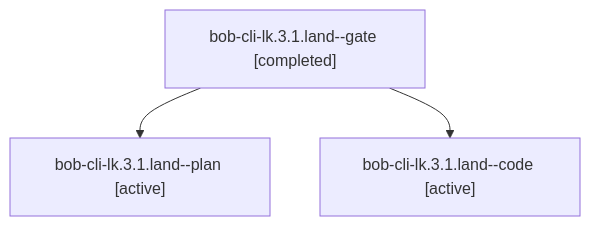
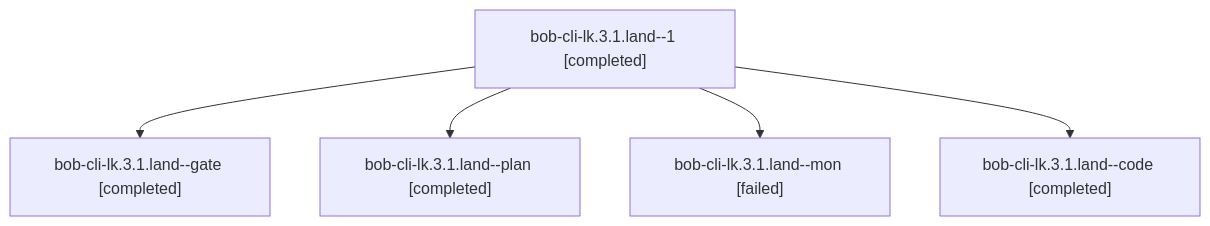
One commit to bobs-org/bob-cli--agents changed the diagram in sessions/bbugyi200.apollo.bob-cli-lk.3.1.land.md. Above: the diagram before and after it, drawn with Mermaid. The commit also changed other lines of this file and 53 other files, not shown here.

````diff
--- a/sessions/bbugyi200.apollo.bob-cli-lk.3.1.land.md
+++ b/sessions/bbugyi200.apollo.bob-cli-lk.3.1.land.md
@@ -9,8 +9,12 @@
 ```mermaid
 flowchart TD
-  n0["bob-cli-lk.3.1.land--gate [completed]"]
-  n1["bob-cli-lk.3.1.land--plan [active]"]
+  n0["bob-cli-lk.3.1.land--1 [completed]"]
+  n1["bob-cli-lk.3.1.land--gate [completed]"]
   n0 --> n1
-  n2["bob-cli-lk.3.1.land--code [active]"]
+  n2["bob-cli-lk.3.1.land--plan [completed]"]
   n0 --> n2
+  n3["bob-cli-lk.3.1.land--mon [failed]"]
+  n0 --> n3
+  n4["bob-cli-lk.3.1.land--code [completed]"]
+  n0 --> n4
 ```
````
